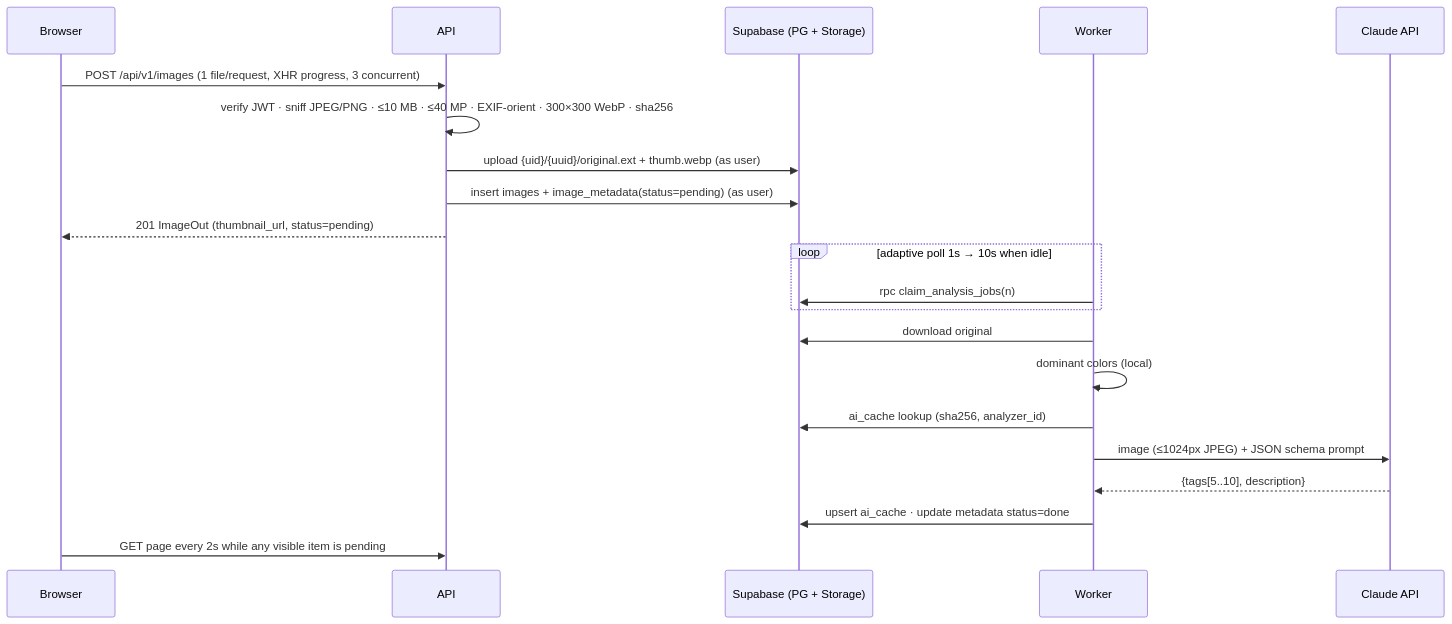
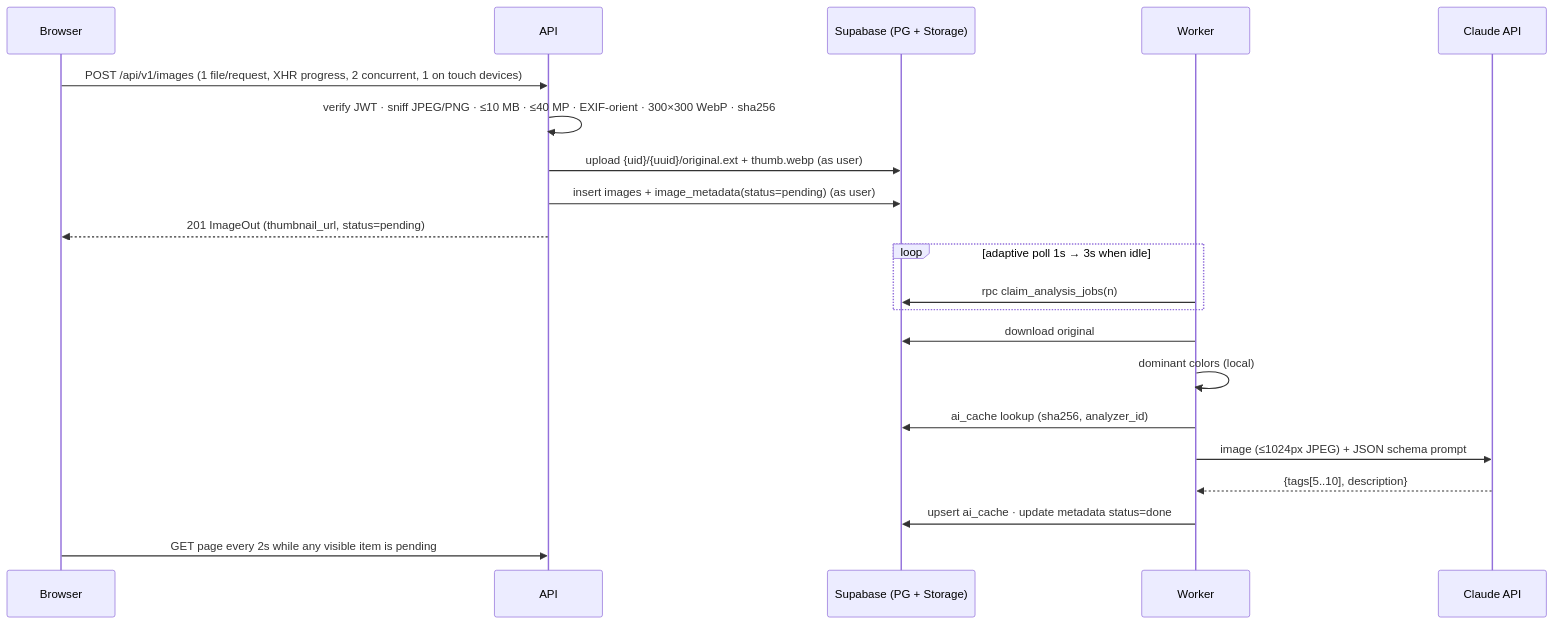
Before and after one commit to MHHukiewitz/ai-image-gallery: the second of 2 diagrams in docs/architecture.md, drawn with Mermaid. The commit also changed other lines of this file, not shown here.

First line of the commit message:
docs(architecture): cover batch bumps, Supabase timeouts and the worker poll

````diff
--- a/docs/architecture.md
+++ b/docs/architecture.md
@@ -75,23 +75,23 @@
 ```mermaid
 sequenceDiagram
   participant B as Browser
   participant A as API
   participant S as Supabase (PG + Storage)
   participant W as Worker
   participant L as Claude API
-  B->>A: POST /api/v1/images (1 file/request, XHR progress, 3 concurrent)
+  B->>A: POST /api/v1/images (1 file/request, XHR progress, 2 concurrent, 1 on touch devices)
   A->>A: verify JWT · sniff JPEG/PNG · ≤10 MB · ≤40 MP · EXIF-orient · 300×300 WebP · sha256
   A->>S: upload {uid}/{uuid}/original.ext + thumb.webp (as user)
   A->>S: insert images + image_metadata(status=pending) (as user)
   A-->>B: 201 ImageOut (thumbnail_url, status=pending)
-  loop adaptive poll 1s → 10s when idle
+  loop adaptive poll 1s → 3s when idle
     W->>S: rpc claim_analysis_jobs(n)
   end
   W->>S: download original
   W->>W: dominant colors (local)
   W->>S: ai_cache lookup (sha256, analyzer_id)
   W->>L: image (≤1024px JPEG) + JSON schema prompt
   L-->>W: {tags[5..10], description}
   W->>S: upsert ai_cache · update metadata status=done
   B->>A: GET page every 2s while any visible item is pending
 ```
````
